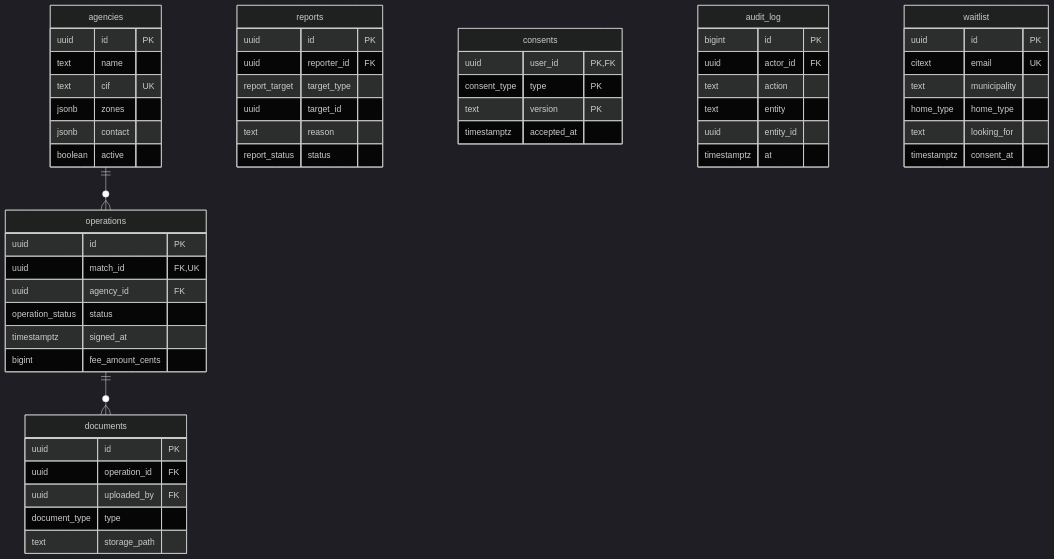
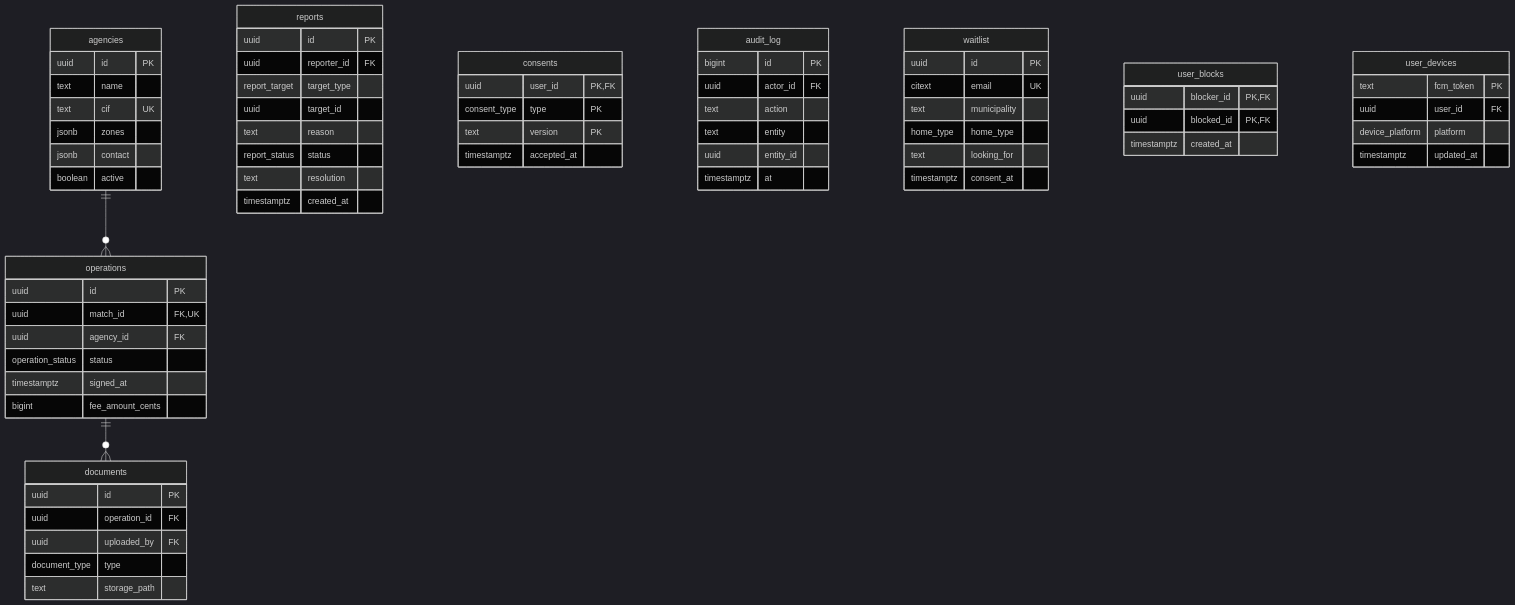
The fourth of 4 diagrams in docs/datamodel.md (lcasadov/ChangeHouse), drawn with Mermaid (dark theme) before and after one commit. The commit also changed other lines of this file and 11 other files, not shown here.

````diff
--- a/docs/datamodel.md
+++ b/docs/datamodel.md
@@ -142,58 +154,71 @@
 ```mermaid
 erDiagram
     operations {
         uuid id PK
         uuid match_id FK,UK
         uuid agency_id FK
         operation_status status
         timestamptz signed_at
         bigint fee_amount_cents
     }
     agencies {
         uuid id PK
         text name
         text cif UK
         jsonb zones
         jsonb contact
         boolean active
     }
     documents {
         uuid id PK
         uuid operation_id FK
         uuid uploaded_by FK
         document_type type
         text storage_path
     }
     reports {
         uuid id PK
         uuid reporter_id FK
         report_target target_type
         uuid target_id
         text reason
         report_status status
+        text resolution
+        timestamptz created_at
     }
     consents {
         uuid user_id PK,FK
         consent_type type PK
         text version PK
         timestamptz accepted_at
     }
     audit_log {
         bigint id PK
         uuid actor_id FK
         text action
         text entity
         uuid entity_id
         timestamptz at
     }
     waitlist {
         uuid id PK
         citext email UK
         text municipality
         home_type home_type
         text looking_for
         timestamptz consent_at
     }
+    user_blocks {
+        uuid blocker_id PK,FK
+        uuid blocked_id PK,FK
+        timestamptz created_at
+    }
+    user_devices {
+        text fcm_token PK
+        uuid user_id FK
+        device_platform platform
+        timestamptz updated_at
+    }
     agencies ||--o{ operations : ""
     operations ||--o{ documents : ""
 ```
````
